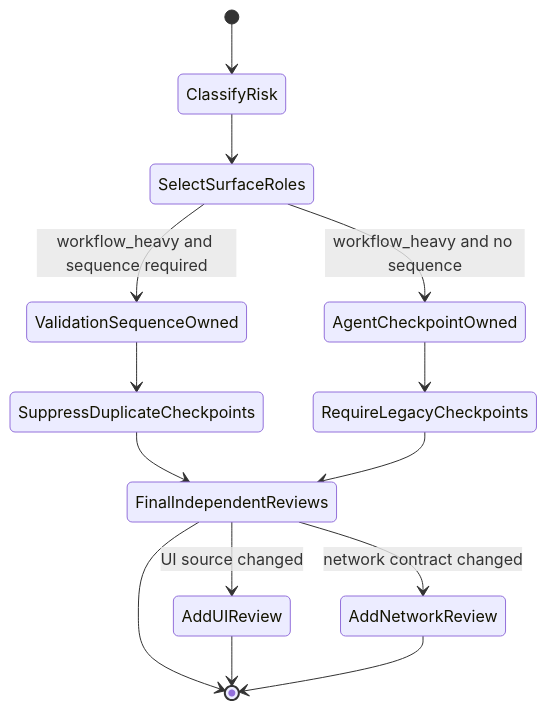
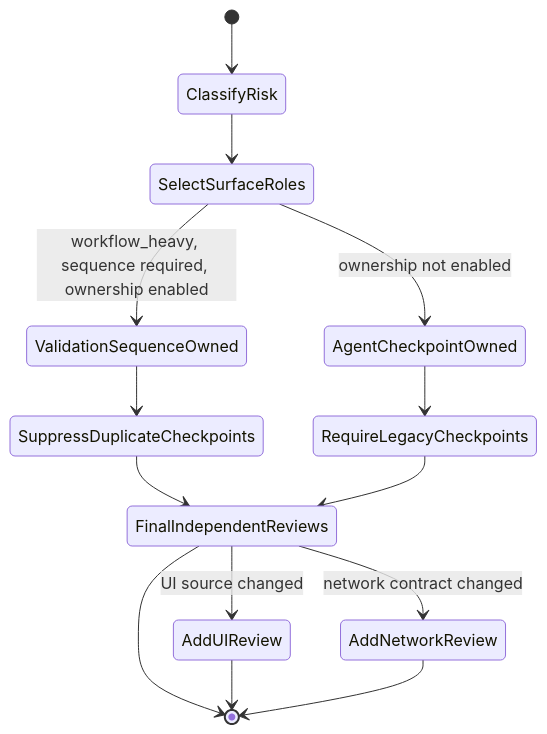
The diagram in docs/architecture/story-vibepro-trusted-delivery-efficiency-guardrail.md (Unson-LLC/vibepro), drawn with Mermaid before and after one commit. The commit also changed other lines of this file and 9 other files, not shown here.

Commit message:
fix(review): preserve explicit checkpoint ownership

````diff
--- a/docs/architecture/story-vibepro-trusted-delivery-efficiency-guardrail.md
+++ b/docs/architecture/story-vibepro-trusted-delivery-efficiency-guardrail.md
@@ -67,16 +67,16 @@
 ```mermaid
 stateDiagram-v2
   [*] --> ClassifyRisk
   ClassifyRisk --> SelectSurfaceRoles
-  SelectSurfaceRoles --> ValidationSequenceOwned: workflow_heavy and sequence required
-  SelectSurfaceRoles --> AgentCheckpointOwned: workflow_heavy and no sequence
+  SelectSurfaceRoles --> ValidationSequenceOwned: workflow_heavy, sequence required, ownership enabled
+  SelectSurfaceRoles --> AgentCheckpointOwned: ownership not enabled
   ValidationSequenceOwned --> SuppressDuplicateCheckpoints
   AgentCheckpointOwned --> RequireLegacyCheckpoints
   SuppressDuplicateCheckpoints --> FinalIndependentReviews
   RequireLegacyCheckpoints --> FinalIndependentReviews
   FinalIndependentReviews --> AddUIReview: UI source changed
   FinalIndependentReviews --> AddNetworkReview: network contract changed
   FinalIndependentReviews --> [*]
   AddUIReview --> [*]
   AddNetworkReview --> [*]
 ```
````
